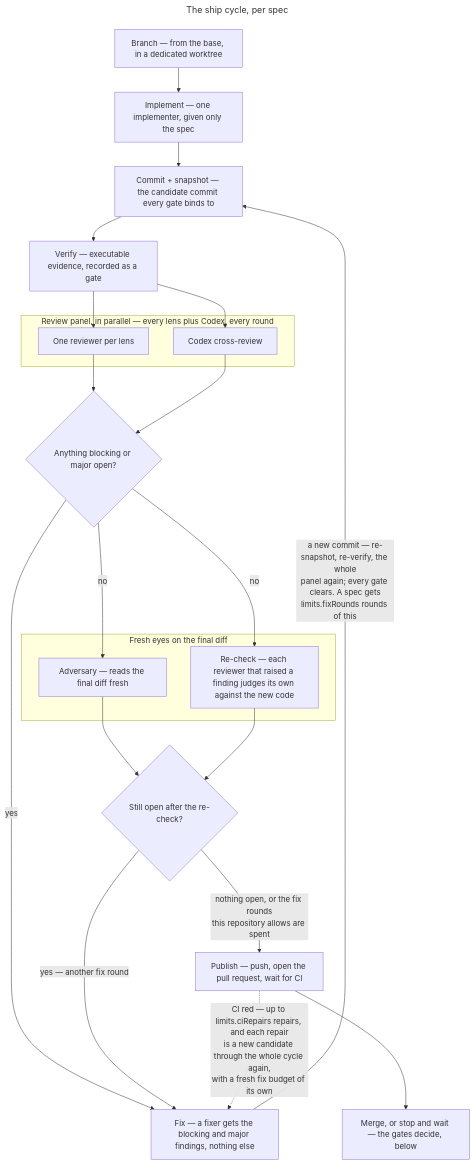
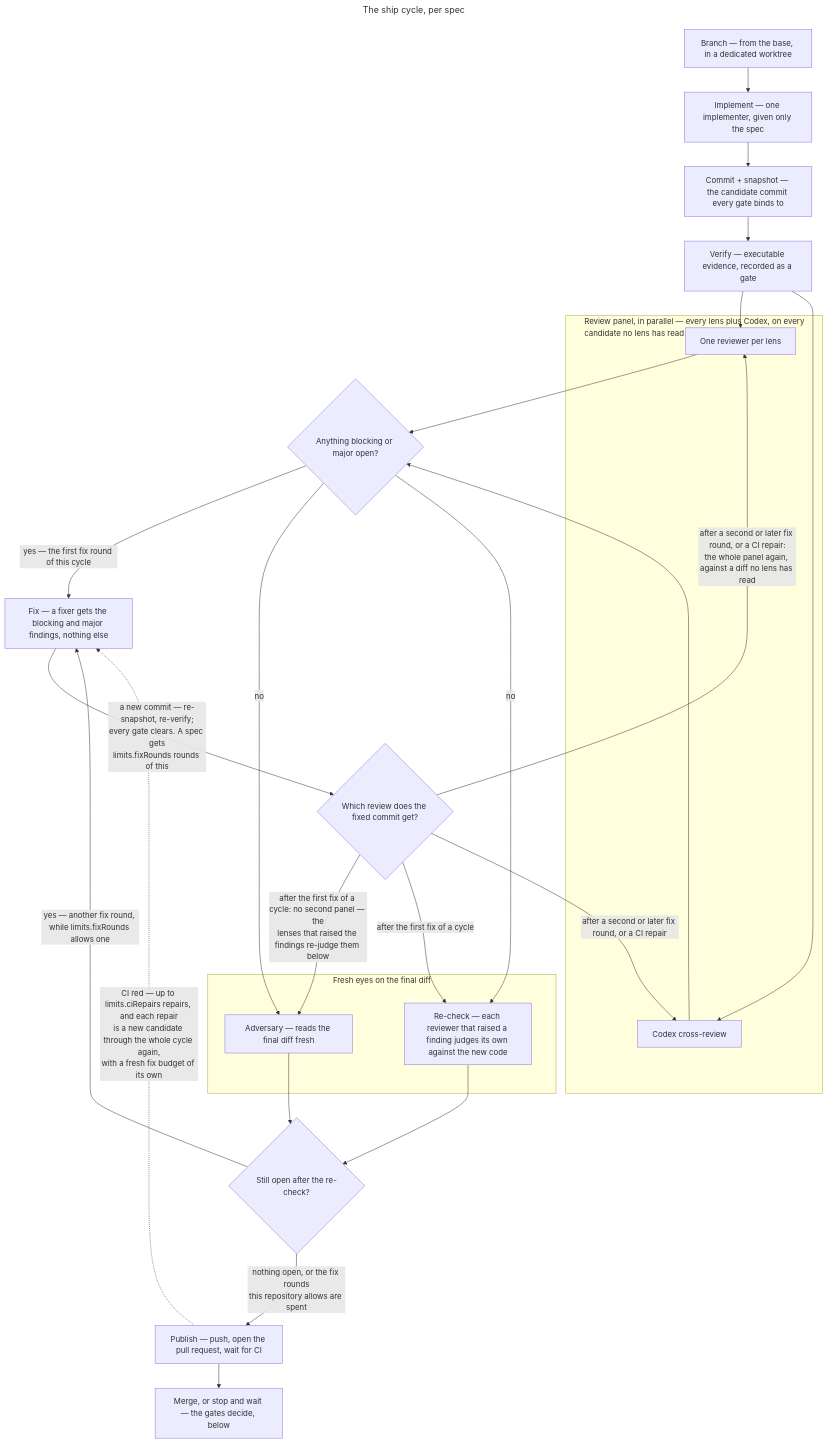
The third of 4 diagrams in README.md (Smiley73/tagteam), drawn with Mermaid before and after one commit. The commit also changed 4 other files, not shown here.

Commit message:
fix: say why a budget is unknown, and draw the first fix round as it runs

````diff
--- a/README.md
+++ b/README.md
@@ -118,45 +118,50 @@
 ```mermaid
 ---
 title: The ship cycle, per spec
 ---
 flowchart TD
     branch["Branch — from the base, in a dedicated worktree"]
     implement["Implement — one implementer, given only the spec"]
     snapshot["Commit + snapshot — the candidate commit every gate binds to"]
     verify["Verify — executable evidence, recorded as a gate"]
     lenses["One reviewer per lens"]
     codexr["Codex cross-review"]
     open{"Anything blocking or major open?"}
     fixer["Fix — a fixer gets the blocking and major findings, nothing else"]
+    route{"Which review does the fixed commit get?"}
     adv["Adversary — reads the final diff fresh"]
     recheck["Re-check — each reviewer that raised a finding judges its own against the new code"]
     settle{"Still open after the re-check?"}
     publish["Publish — push, open the pull request, wait for CI"]
     outcome["Merge, or stop and wait — the gates decide, below"]
 
     branch --> implement
     implement --> snapshot
     snapshot --> verify
-    subgraph panel["Review panel, in parallel — every lens plus Codex, every round"]
+    subgraph panel["Review panel, in parallel — every lens plus Codex, on every<br>candidate no lens has read"]
         lenses
         codexr
     end
     verify --> lenses
     verify --> codexr
     lenses --> open
     codexr --> open
-    open -->|"yes"| fixer
-    fixer -->|"a new commit — re-snapshot, re-verify, the whole<br>panel again; every gate clears. A spec gets<br>limits.fixRounds rounds of this"| snapshot
+    open -->|"yes — the first fix round of this cycle"| fixer
+    fixer -->|"a new commit — re-snapshot, re-verify;<br>every gate clears. A spec gets<br>limits.fixRounds rounds of this"| route
     subgraph final["Fresh eyes on the final diff"]
         adv
         recheck
     end
+    route -->|"after the first fix of a cycle: no second panel — the<br>lenses that raised the findings re-judge them below"| adv
+    route -->|"after the first fix of a cycle"| recheck
+    route -->|"after a second or later fix round, or a CI repair:<br>the whole panel again, against a diff no lens has read"| lenses
+    route -->|"after a second or later fix round, or a CI repair"| codexr
     open -->|"no"| adv
     open -->|"no"| recheck
     adv --> settle
     recheck --> settle
-    settle -->|"yes — another fix round"| fixer
+    settle -->|"yes — another fix round, while limits.fixRounds allows one"| fixer
     settle -->|"nothing open, or the fix rounds<br>this repository allows are spent"| publish
     publish -. "CI red — up to limits.ciRepairs repairs, and each repair<br>is a new candidate through the whole cycle again,<br>with a fresh fix budget of its own" .-> fixer
     publish --> outcome
 ```
````
